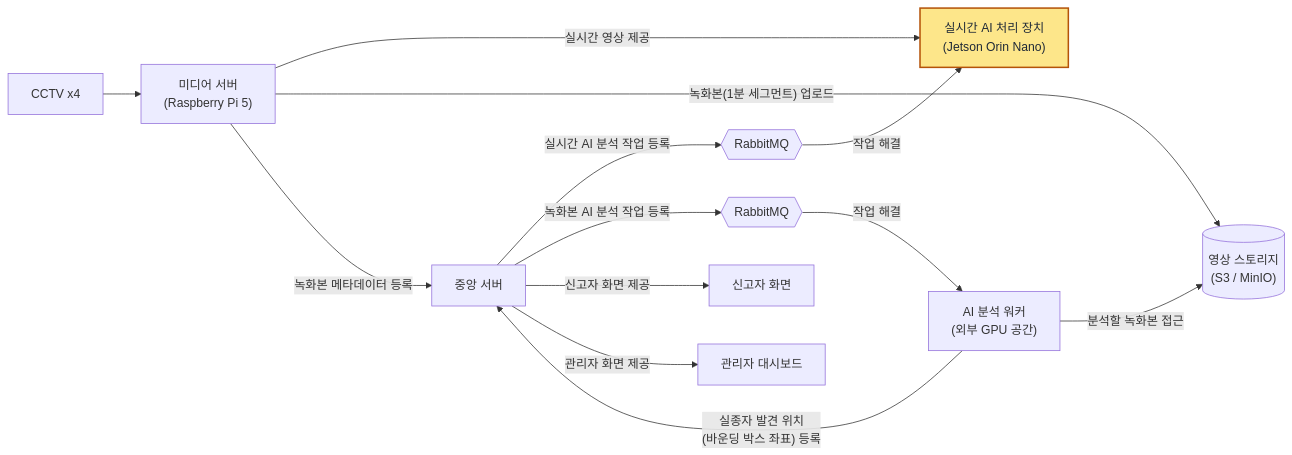
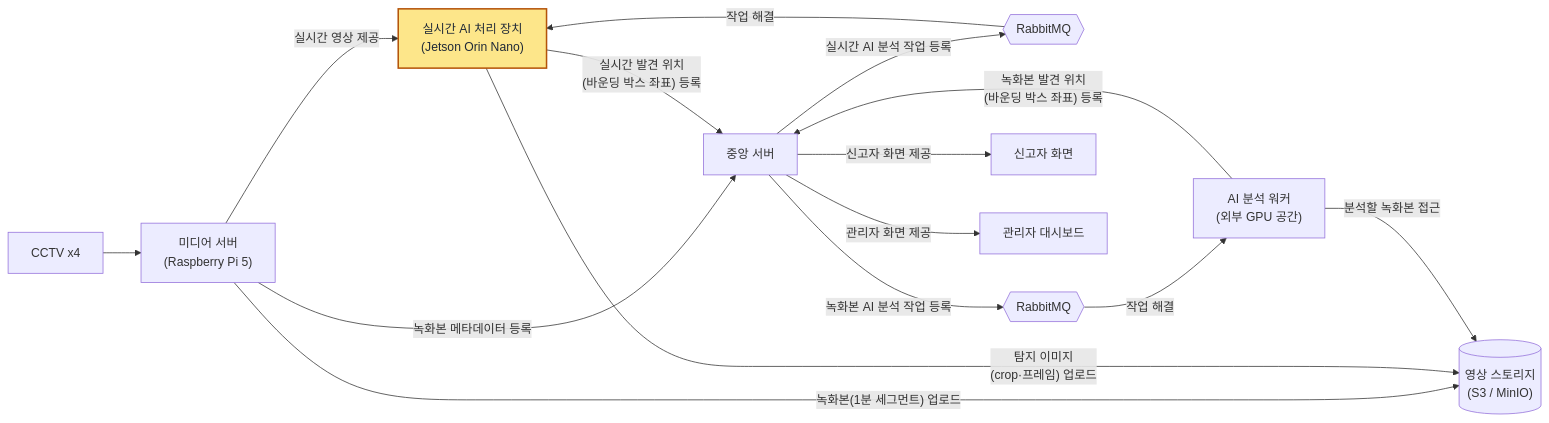
Before and after one commit to donghyeoni/yopar-attribute-recognition: the diagram in README.md, drawn with Mermaid.

Commit message:
docs: add Jetson output edges to the system diagram
The diagram showed work flowing into the Jetson but nothing coming out,
so the real-time path looked like a dead end. Add the two edges it
actually produces and disambiguate the two registration labels.

- JETSON -> CORE: 실시간 발견 위치(바운딩 박스 좌표) 등록
- JETSON -> STORAGE: 탐지 이미지(crop·프레임) 업로드
- WORKER -> CORE label: 실종자 -> 녹화본, to separate it from the
  real-time registration above

````diff
--- a/README.md
+++ b/README.md
@@ -13,23 +13,26 @@
 ```mermaid
 flowchart LR
     CCTV["CCTV x4"] --> MEDIA["미디어 서버<br/>(Raspberry Pi 5)"]
 
     MEDIA -->|"실시간 영상 제공"| JETSON["실시간 AI 처리 장치<br/>(Jetson Orin Nano)"]
     MEDIA -->|"녹화본(1분 세그먼트) 업로드"| STORAGE[("영상 스토리지<br/>(S3 / MinIO)")]
     MEDIA -->|"녹화본 메타데이터 등록"| CORE["중앙 서버"]
 
     CORE -->|"실시간 AI 분석 작업 등록"| MQ1{{"RabbitMQ"}}
     MQ1 -->|"작업 해결"| JETSON
 
+    JETSON -->|"실시간 발견 위치<br/>(바운딩 박스 좌표) 등록"| CORE
+    JETSON -->|"탐지 이미지<br/>(crop·프레임) 업로드"| STORAGE
+
     CORE -->|"녹화본 AI 분석 작업 등록"| MQ2{{"RabbitMQ"}}
     MQ2 -->|"작업 해결"| WORKER["AI 분석 워커<br/>(외부 GPU 공간)"]
 
     WORKER -->|"분석할 녹화본 접근"| STORAGE
-    WORKER -->|"실종자 발견 위치<br/>(바운딩 박스 좌표) 등록"| CORE
+    WORKER -->|"녹화본 발견 위치<br/>(바운딩 박스 좌표) 등록"| CORE
 
     CORE -->|"신고자 화면 제공"| REPORTER["신고자 화면"]
     CORE -->|"관리자 화면 제공"| ADMIN["관리자 대시보드"]
 
     classDef mine fill:#fde68a,stroke:#b45309,stroke-width:2px,color:#1f2937;
     class JETSON mine;
 ```
````
